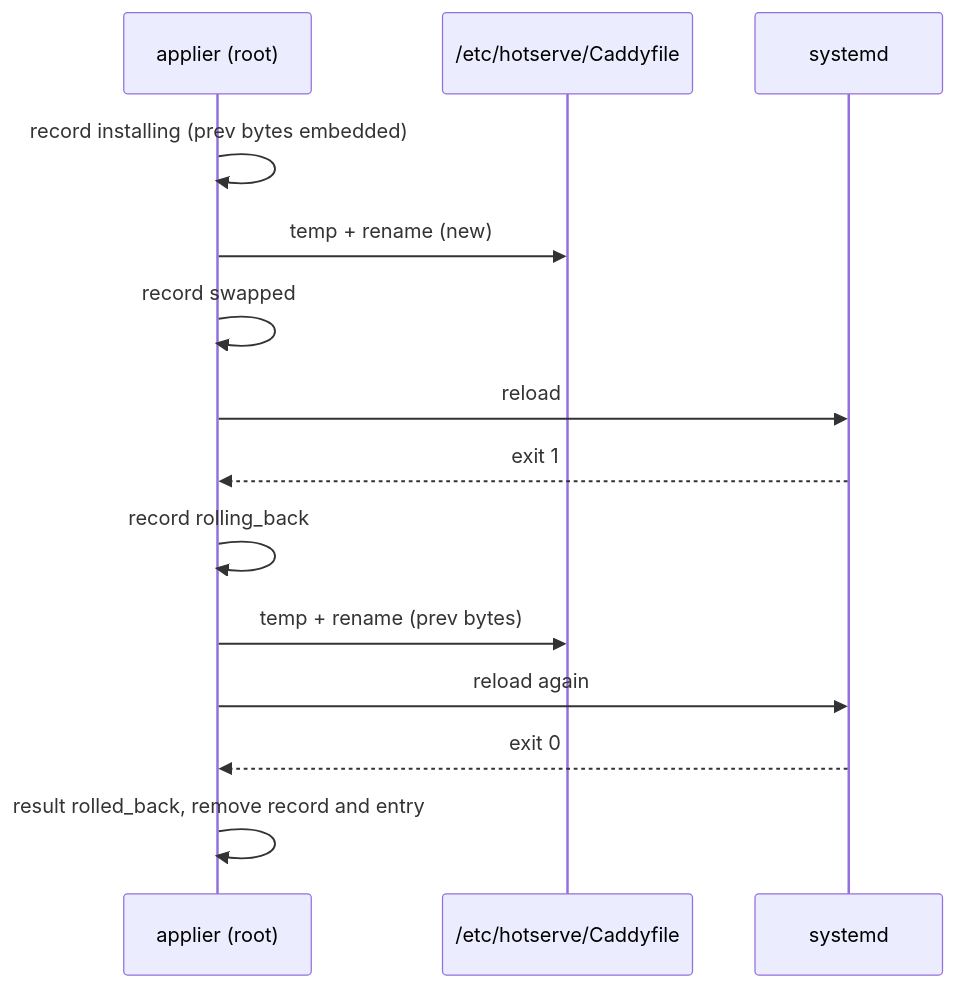
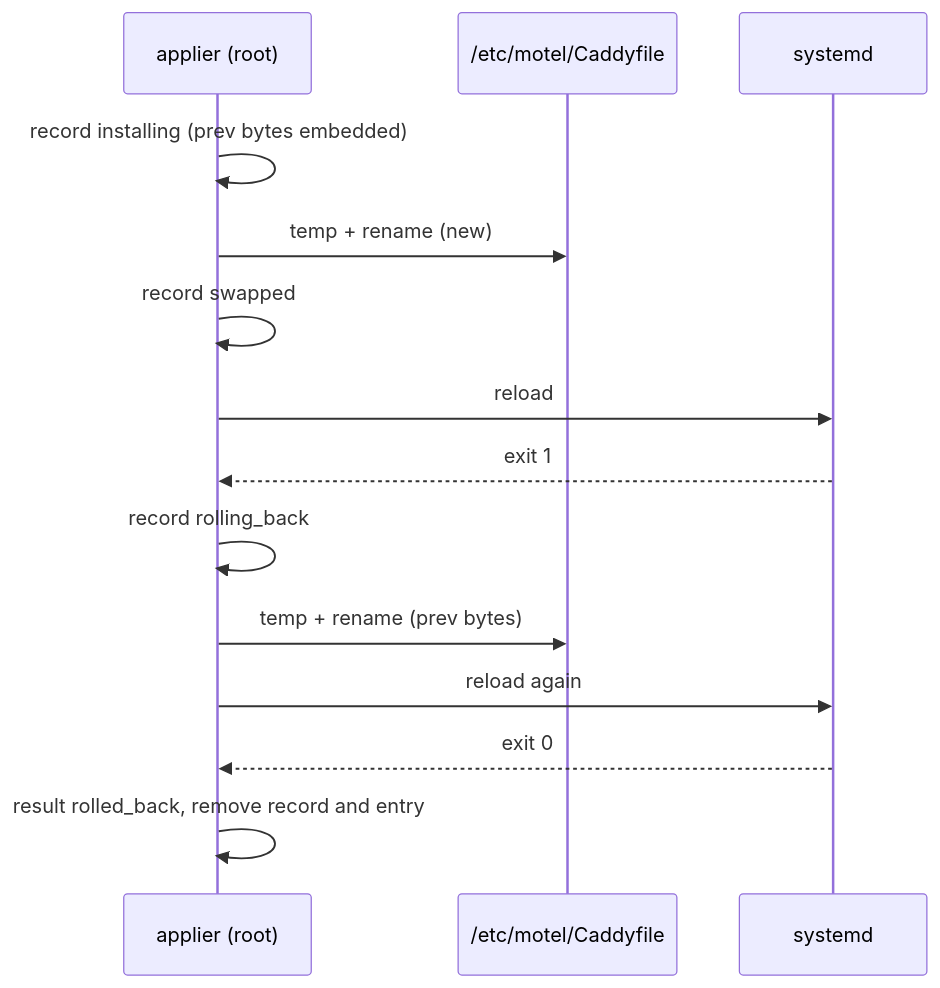
One commit to earthlingdavey/hotserve changed the third of 4 diagrams in box/DESIGN-box.md. Above: the diagram before and after it, drawn with Mermaid. The commit also changed other lines of this file and 390 other files, not shown here.

````diff
--- a/box/DESIGN-box.md
+++ b/box/DESIGN-box.md
@@ -2044,16 +2044,16 @@
 ```mermaid
 sequenceDiagram
     participant A as applier (root)
-    participant F as /etc/hotserve/Caddyfile
+    participant F as /etc/motel/Caddyfile
     participant S as systemd
     A->>A: record installing (prev bytes embedded)
     A->>F: temp + rename (new)
     A->>A: record swapped
     A->>S: reload
     S-->>A: exit 1
     A->>A: record rolling_back
     A->>F: temp + rename (prev bytes)
     A->>S: reload again
     S-->>A: exit 0
     A->>A: result rolled_back, remove record and entry
 ```
````
